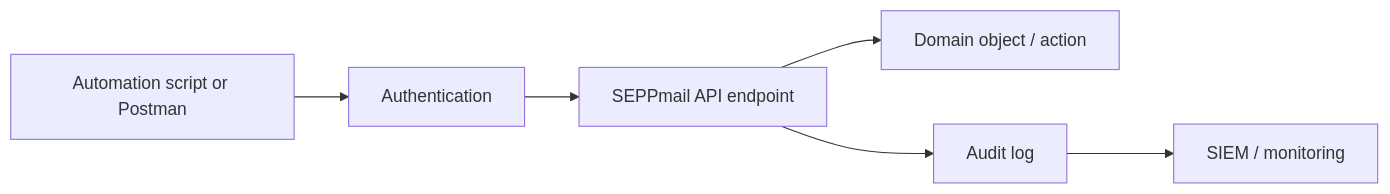
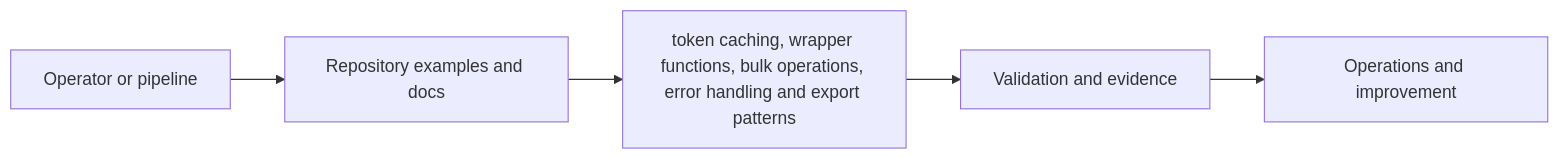
The diagram in README.md (Synedat/Seppmail-API-PowerShell), drawn with Mermaid before and after one commit. The commit also changed other lines of this file and 22 other files, not shown here.

````diff
--- a/README.md
+++ b/README.md
@@ -30,8 +83,7 @@
 ```mermaid
 flowchart LR
-    A[Automation script or Postman] --> B[Authentication]
-    B --> C[SEPPmail API endpoint]
-    C --> D[Domain object / action]
-    C --> E[Audit log]
-    E --> F[SIEM / monitoring]
+    A[Operator or pipeline] --> B[Repository examples and docs]
+    B --> C[token caching, wrapper functions, bulk operations, error handling and export patterns]
+    C --> D[Validation and evidence]
+    D --> E[Operations and improvement]
 ```
````
